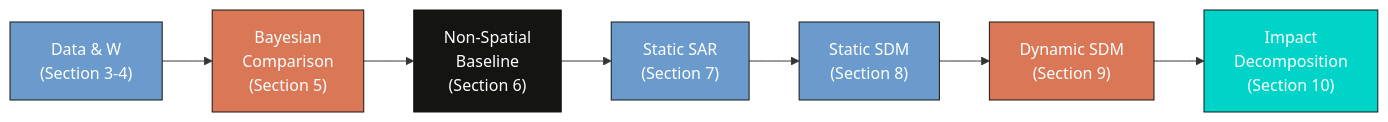
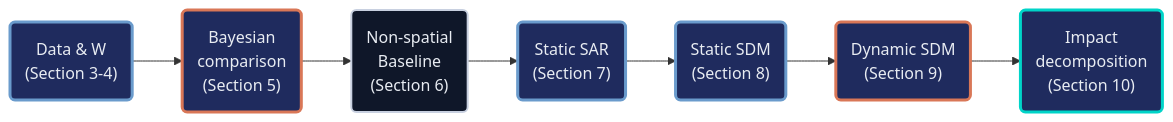
The first of 2 diagrams in content/post/r_SDPDmod/tutorial.qmd (cmg777/starter-academic-v501), drawn with Mermaid before and after one commit. The commit also changed other lines of this file and 42 other files, not shown here.

First line of the commit message:
content(mermaid): restyle Mermaid copies in tutorial sources and the LaLonde slide deck

````diff
--- a/content/post/r_SDPDmod/tutorial.qmd
+++ b/content/post/r_SDPDmod/tutorial.qmd
@@ -43,17 +43,17 @@
 ```{mermaid}
 graph LR
-    A["Data & W<br/>(Section 3-4)"] --> B["Bayesian<br/>Comparison<br/>(Section 5)"]
-    B --> B2["Non-Spatial<br/>Baseline<br/>(Section 6)"]
-    B2 --> C["Static SAR<br/>(Section 7)"]
-    C --> D["Static SDM<br/>(Section 8)"]
-    D --> E["Dynamic SDM<br/>(Section 9)"]
-    E --> F["Impact<br/>Decomposition<br/>(Section 10)"]
-
-    style A fill:#6a9bcc,stroke:#141413,color:#fff
-    style B fill:#d97757,stroke:#141413,color:#fff
-    style B2 fill:#141413,stroke:#141413,color:#fff
-    style C fill:#6a9bcc,stroke:#141413,color:#fff
-    style D fill:#6a9bcc,stroke:#141413,color:#fff
-    style E fill:#d97757,stroke:#141413,color:#fff
-    style F fill:#00d4c8,stroke:#141413,color:#fff
+    A("Data & W<br/>(Section 3-4)") --> B("Bayesian<br/>comparison<br/>(Section 5)")
+    B --> B2("Non-spatial<br/>Baseline<br/>(Section 6)")
+    B2 --> C("Static SAR<br/>(Section 7)")
+    C --> D("Static SDM<br/>(Section 8)")
+    D --> E("Dynamic SDM<br/>(Section 9)")
+    E --> F("Impact<br/>decomposition<br/>(Section 10)")
+    classDef blue fill:#1f2b5e,stroke:#6a9bcc,stroke-width:3px,color:#e8ecf2
+    classDef orange fill:#1f2b5e,stroke:#d97757,stroke-width:3px,color:#e8ecf2
+    classDef anchor fill:#0f1729,stroke:#c8d0e0,stroke-width:2px,color:#e8ecf2
+    classDef teal fill:#1f2b5e,stroke:#00d4c8,stroke-width:3px,color:#e8ecf2
+    class A,C,D blue
+    class B,E orange
+    class B2 anchor
+    class F teal
 ```
````
